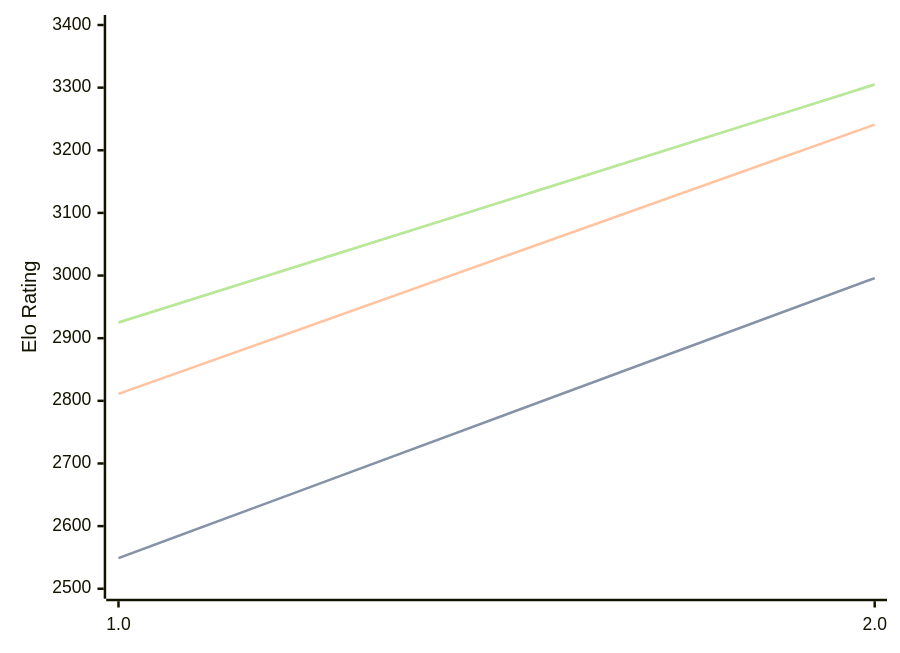
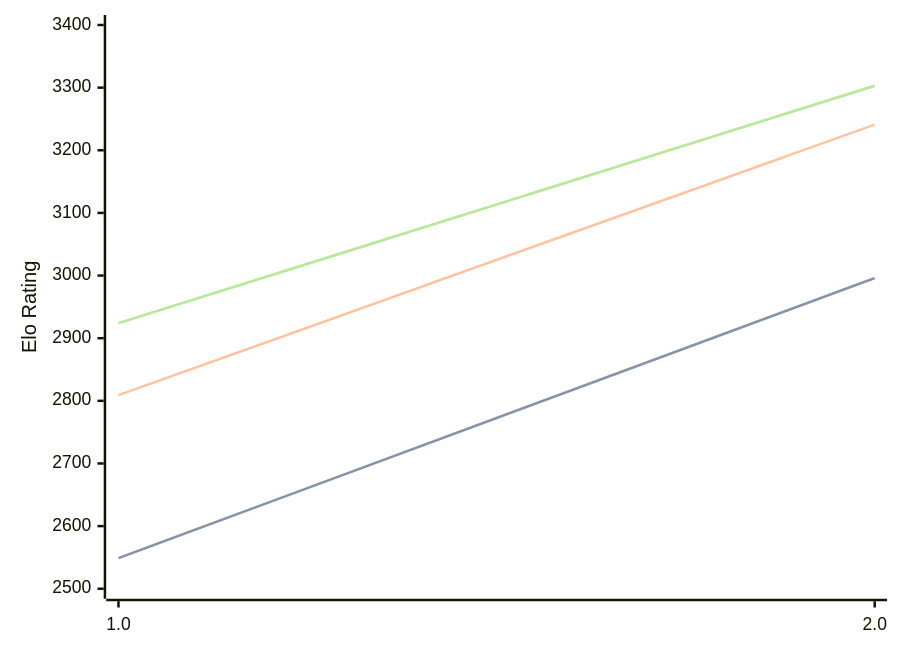
The diagram in engines/Onslaught.md (computer-chess-index/cci), drawn with Mermaid before and after one commit. The commit also changed other lines of this file, not shown here.

Commit message:
Update CCI Ratings (ELO VLTC) - 2026-10-01

````diff
--- a/engines/Onslaught.md
+++ b/engines/Onslaught.md
@@ -32,11 +32,11 @@
 ```mermaid
 %%{init: {"theme":"base","themeVariables":{"seriesColors:['#a3a3a3','#222221','#faa371']}}}%%
 xychart-beta
   x-axis ["1.0", "2.0"]
   y-axis "Elo Rating" 2500 --> 3400
   line "" [2549, 2996]
   line "STC (8.0+0.08s)" [2549, 2996]
-  line "LTC (60.0+0.60s)" [2811, 3241]
-  line "" [2925, 3305]
-  line "VLTC (2m24s+1.12s)" [2925, 3305]
+  line "LTC (60.0+0.60s)" [2809, 3241]
+  line "" [2924, 3303]
+  line "VLTC (2m24s+1.12s)" [2924, 3303]
 ```
````
